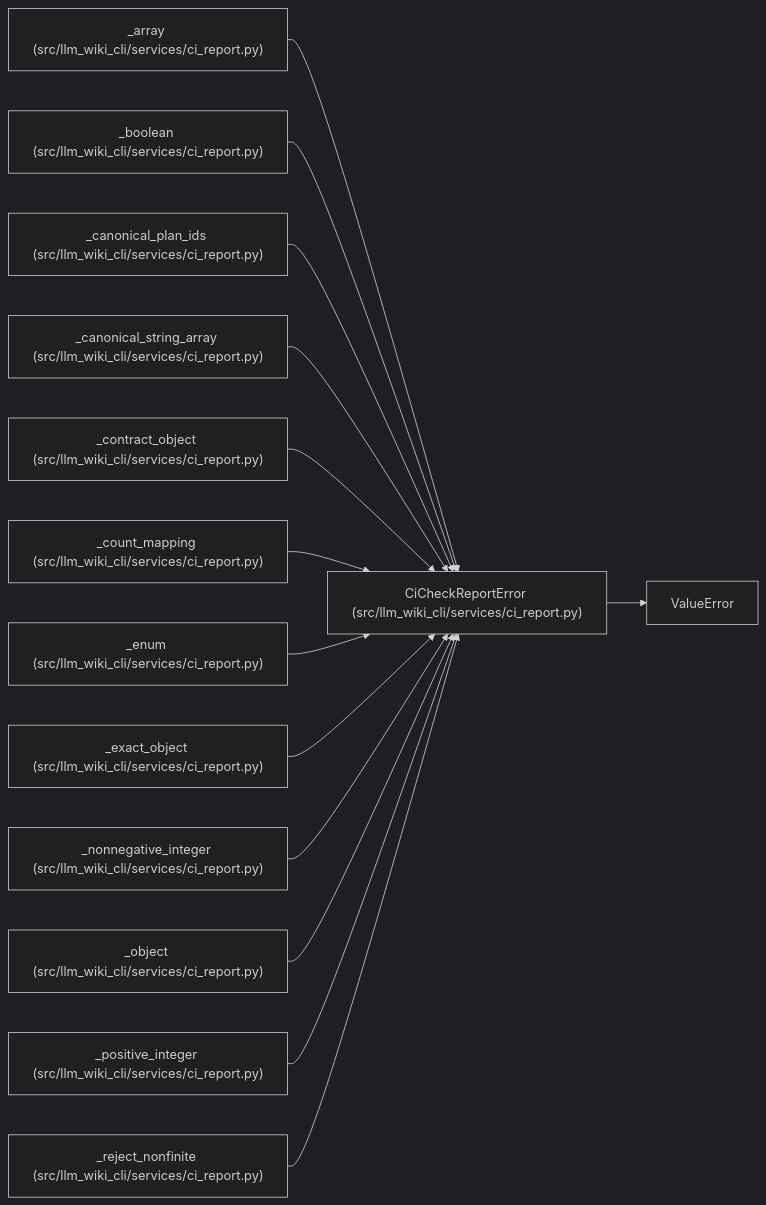
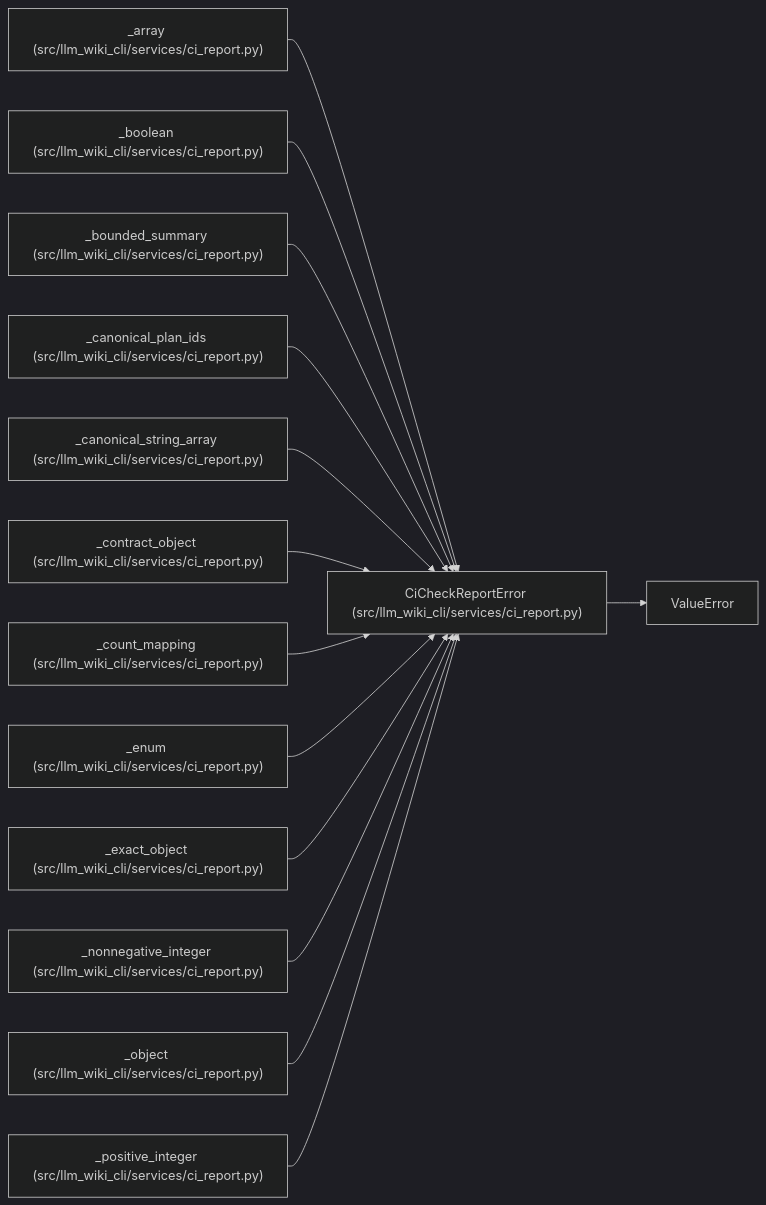
One commit to Denissvgn/python-wiki-llm changed the diagram in docs/llm_wiki/entities/CiCheckReportError.md. Above: the diagram before and after it, drawn with Mermaid (dark theme). The commit also changed other lines of this file and 727 other files, not shown here.

````diff
--- a/docs/llm_wiki/entities/CiCheckReportError.md
+++ b/docs/llm_wiki/entities/CiCheckReportError.md
@@ -23,43 +23,43 @@
 ```mermaid
 flowchart LR
     n0["CiCheckReportError (src/llm_wiki_cli/services/ci_report.py)"]
     n1["ValueError"]
     n2["_array (src/llm_wiki_cli/services/ci_report.py)"]
     n3["_boolean (src/llm_wiki_cli/services/ci_report.py)"]
-    n4["_canonical_plan_ids (src/llm_wiki_cli/services/ci_report.py)"]
-    n5["_canonical_string_array (src/llm_wiki_cli/services/ci_report.py)"]
-    n6["_contract_object (src/llm_wiki_cli/services/ci_report.py)"]
-    n7["_count_mapping (src/llm_wiki_cli/services/ci_report.py)"]
-    n8["_enum (src/llm_wiki_cli/services/ci_report.py)"]
-    n9["_exact_object (src/llm_wiki_cli/services/ci_report.py)"]
-    n10["_nonnegative_integer (src/llm_wiki_cli/services/ci_report.py)"]
-    n11["_object (src/llm_wiki_cli/services/ci_report.py)"]
-    n12["_positive_integer (src/llm_wiki_cli/services/ci_report.py)"]
-    n13["_reject_nonfinite (src/llm_wiki_cli/services/ci_report.py)"]
+    n4["_bounded_summary (src/llm_wiki_cli/services/ci_report.py)"]
+    n5["_canonical_plan_ids (src/llm_wiki_cli/services/ci_report.py)"]
+    n6["_canonical_string_array (src/llm_wiki_cli/services/ci_report.py)"]
+    n7["_contract_object (src/llm_wiki_cli/services/ci_report.py)"]
+    n8["_count_mapping (src/llm_wiki_cli/services/ci_report.py)"]
+    n9["_enum (src/llm_wiki_cli/services/ci_report.py)"]
+    n10["_exact_object (src/llm_wiki_cli/services/ci_report.py)"]
+    n11["_nonnegative_integer (src/llm_wiki_cli/services/ci_report.py)"]
+    n12["_object (src/llm_wiki_cli/services/ci_report.py)"]
+    n13["_positive_integer (src/llm_wiki_cli/services/ci_report.py)"]
     n0 --> n1
     n2 --> n0
     n3 --> n0
     n4 --> n0
     n5 --> n0
     n6 --> n0
     n7 --> n0
     n8 --> n0
     n9 --> n0
     n10 --> n0
     n11 --> n0
     n12 --> n0
     n13 --> n0
     click n0 "../modules/ci_report.md"
     click n2 "../modules/ci_report.md"
     click n3 "../modules/ci_report.md"
     click n4 "../modules/ci_report.md"
     click n5 "../modules/ci_report.md"
     click n6 "../modules/ci_report.md"
     click n7 "../modules/ci_report.md"
     click n8 "../modules/ci_report.md"
     click n9 "../modules/ci_report.md"
     click n10 "../modules/ci_report.md"
     click n11 "../modules/ci_report.md"
     click n12 "../modules/ci_report.md"
     click n13 "../modules/ci_report.md"
 ```
````
